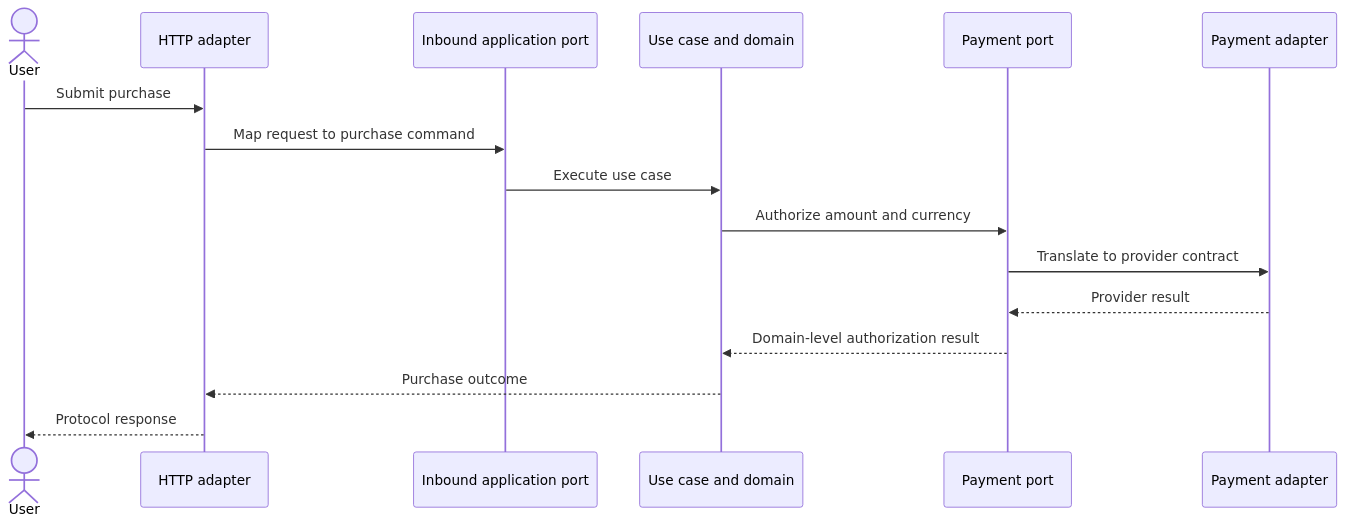
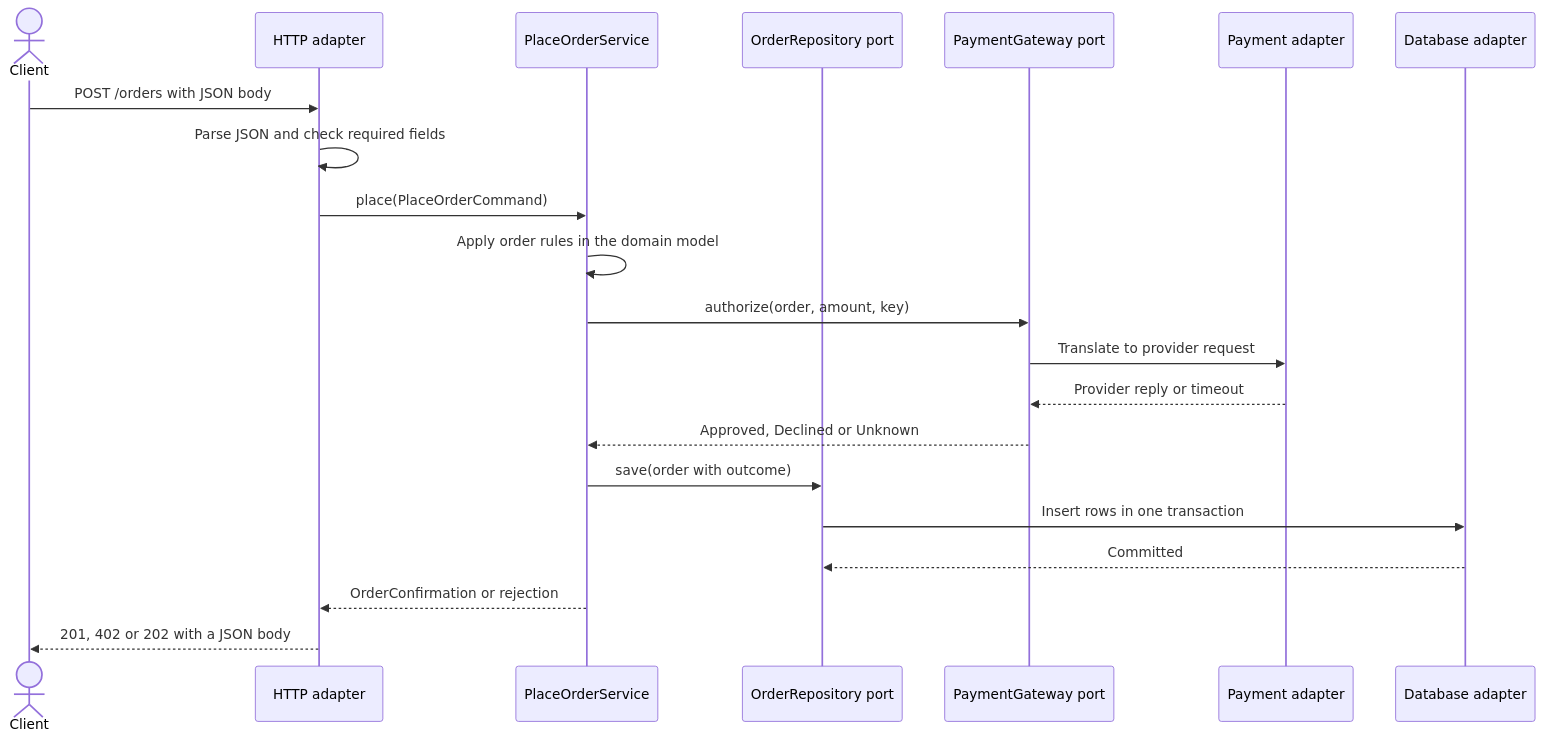
One commit to joydasss/Architect changed the fifth of 10 diagrams in 20_Architecture_Patterns/CH02_Hexagonal_Architecture.md. Above: the diagram before and after it, drawn with Mermaid. The commit also changed other lines of this file and 295 other files, not shown here.

````diff
--- a/20_Architecture_Patterns/CH02_Hexagonal_Architecture.md
+++ b/20_Architecture_Patterns/CH02_Hexagonal_Architecture.md
@@ -30,18 +390,23 @@
 ```mermaid
 sequenceDiagram
-    actor User
-    participant HTTP as HTTP adapter
-    participant Port as Inbound application port
-    participant Core as Use case and domain
-    participant Payment as Payment port
-    participant Adapter as Payment adapter
-    User->>HTTP: Submit purchase
-    HTTP->>Port: Map request to purchase command
-    Port->>Core: Execute use case
-    Core->>Payment: Authorize amount and currency
-    Payment->>Adapter: Translate to provider contract
-    Adapter-->>Payment: Provider result
-    Payment-->>Core: Domain-level authorization result
-    Core-->>HTTP: Purchase outcome
-    HTTP-->>User: Protocol response
+    actor Client
+    participant Web as HTTP adapter
+    participant UC as PlaceOrderService
+    participant Repo as OrderRepository port
+    participant Pay as PaymentGateway port
+    participant PayA as Payment adapter
+    participant Db as Database adapter
+    Client->>Web: POST /orders with JSON body
+    Web->>Web: Parse JSON and check required fields
+    Web->>UC: place(PlaceOrderCommand)
+    UC->>UC: Apply order rules in the domain model
+    UC->>Pay: authorize(order, amount, key)
+    Pay->>PayA: Translate to provider request
+    PayA-->>Pay: Provider reply or timeout
+    Pay-->>UC: Approved, Declined or Unknown
+    UC->>Repo: save(order with outcome)
+    Repo->>Db: Insert rows in one transaction
+    Db-->>Repo: Committed
+    UC-->>Web: OrderConfirmation or rejection
+    Web-->>Client: 201, 402 or 202 with a JSON body
 ```
````
